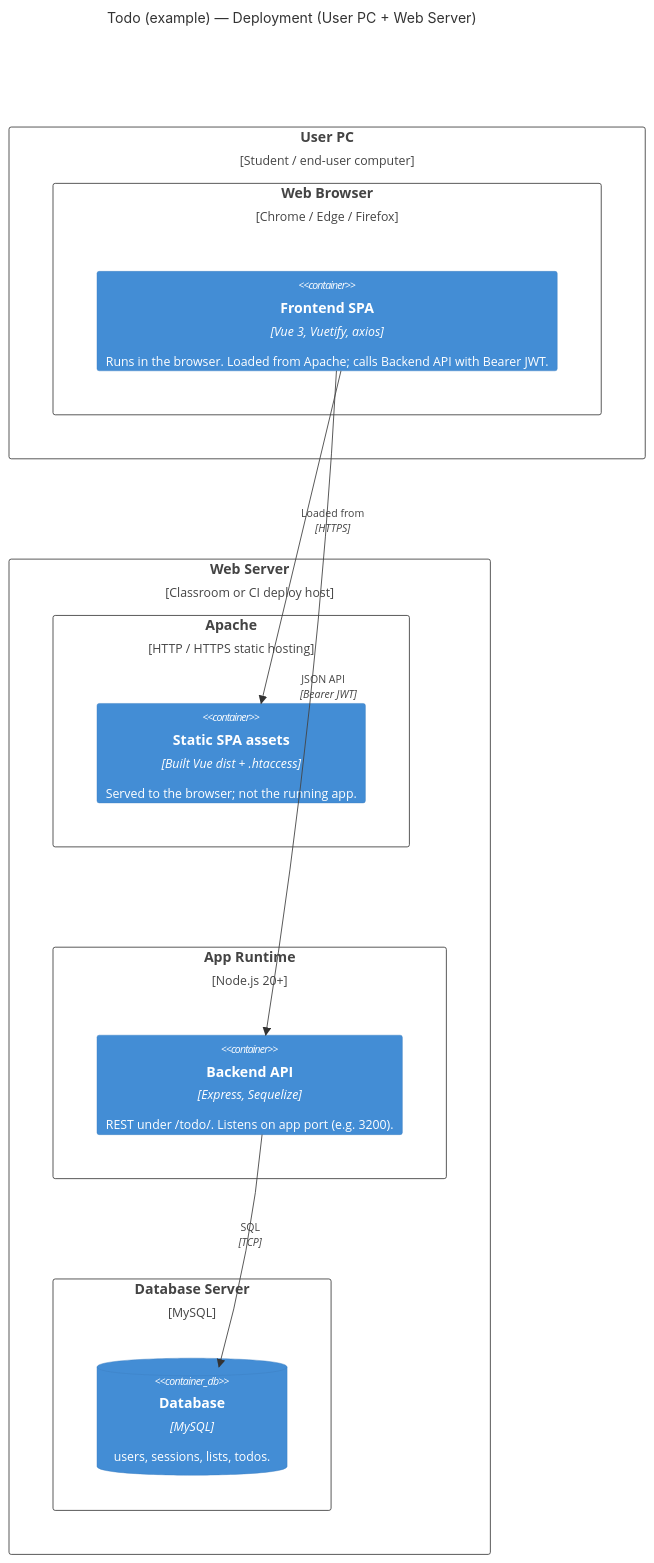
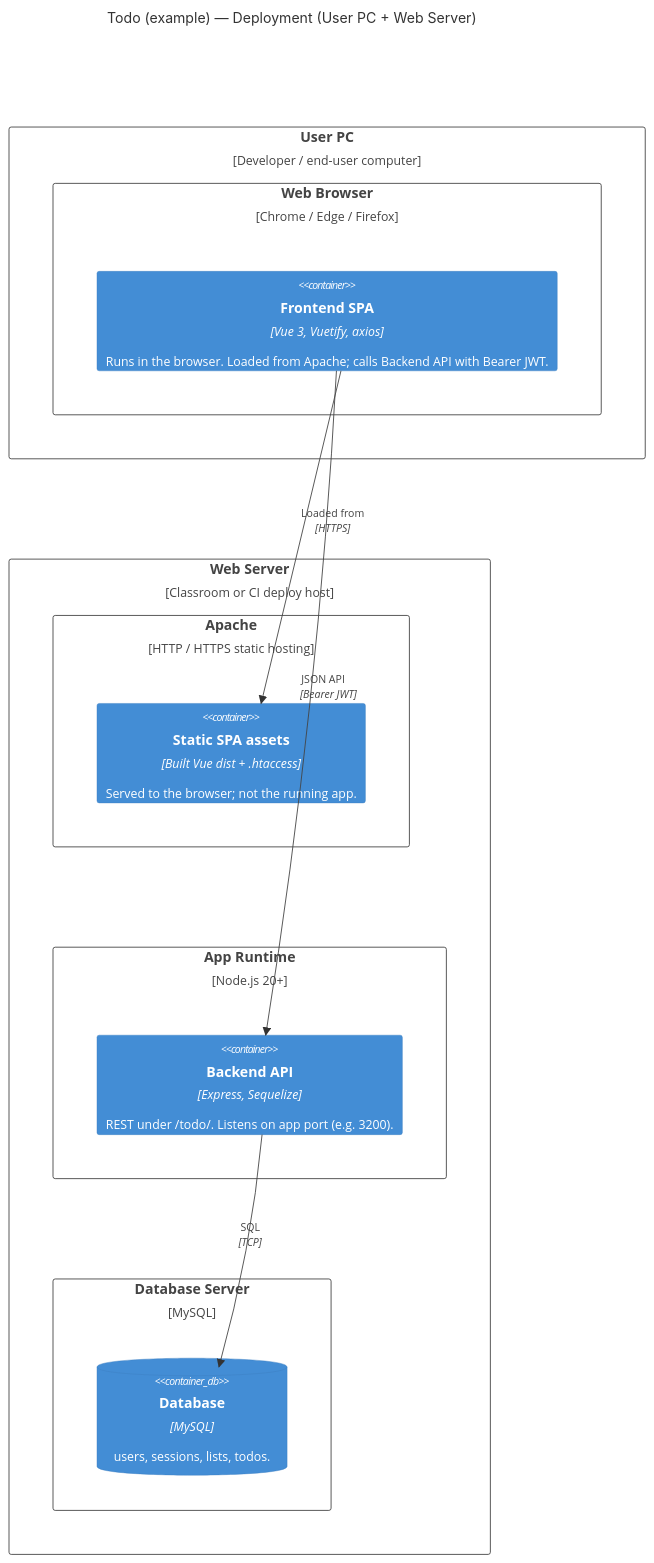
The diagram in docs/arch_diagrams/c4-deployment.md (OC-ComputerScience/todospeckit), drawn with Mermaid before and after one commit. The commit also changed 5 other files, not shown here.

````diff
--- a/docs/arch_diagrams/c4-deployment.md
+++ b/docs/arch_diagrams/c4-deployment.md
@@ -5,34 +5,34 @@
 ```mermaid
 C4Deployment
 title Todo (example) — Deployment (User PC + Web Server)
 
 UpdateLayoutConfig($c4ShapeInRow="3", $c4BoundaryInRow="1")
 
-Deployment_Node(userPc, "User PC", "Student / end-user computer") {
+Deployment_Node(userPc, "User PC", "Developer / end-user computer") {
     Deployment_Node(browser, "Web Browser", "Chrome / Edge / Firefox") {
         Container(spa, "Frontend SPA", "Vue 3, Vuetify, axios", "Runs in the browser. Loaded from Apache; calls Backend API with Bearer JWT.")
     }
 }
 
 Deployment_Node(webServer, "Web Server", "Classroom or CI deploy host") {
     Deployment_Node(apache, "Apache", "HTTP / HTTPS static hosting") {
         Container(staticAssets, "Static SPA assets", "Built Vue dist + .htaccess", "Served to the browser; not the running app.")
     }
 
     Deployment_Node(runtime, "App Runtime", "Node.js 20+") {
         Container(api, "Backend API", "Express, Sequelize", "REST under /todo/. Listens on app port (e.g. 3200).")
     }
 
     Deployment_Node(data, "Database Server", "MySQL") {
         ContainerDb(db, "Database", "MySQL", "users, sessions, lists, todos.")
     }
 }
 
 Rel(spa, staticAssets, "Loaded from", "HTTPS")
 Rel(spa, api, "JSON API", "Bearer JWT")
 Rel(api, db, "SQL", "TCP")
 
 UpdateRelStyle(spa, staticAssets, $offsetY="-30")
 UpdateRelStyle(spa, api, $offsetY="-30")
 UpdateRelStyle(api, db, $offsetY="-30")
 ```
````
